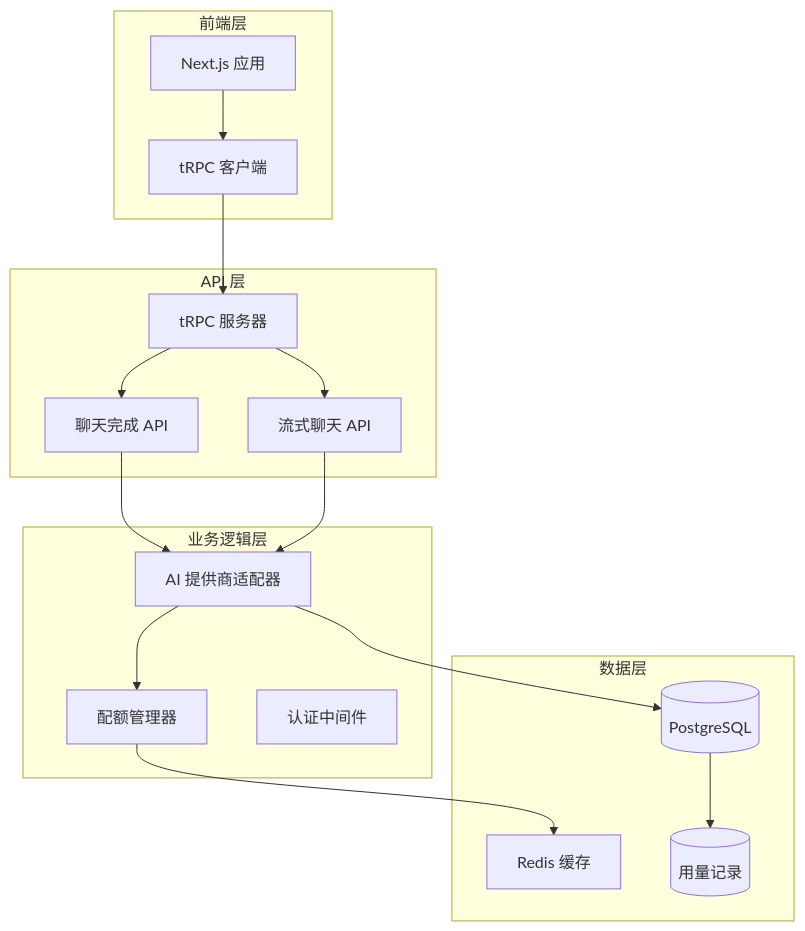
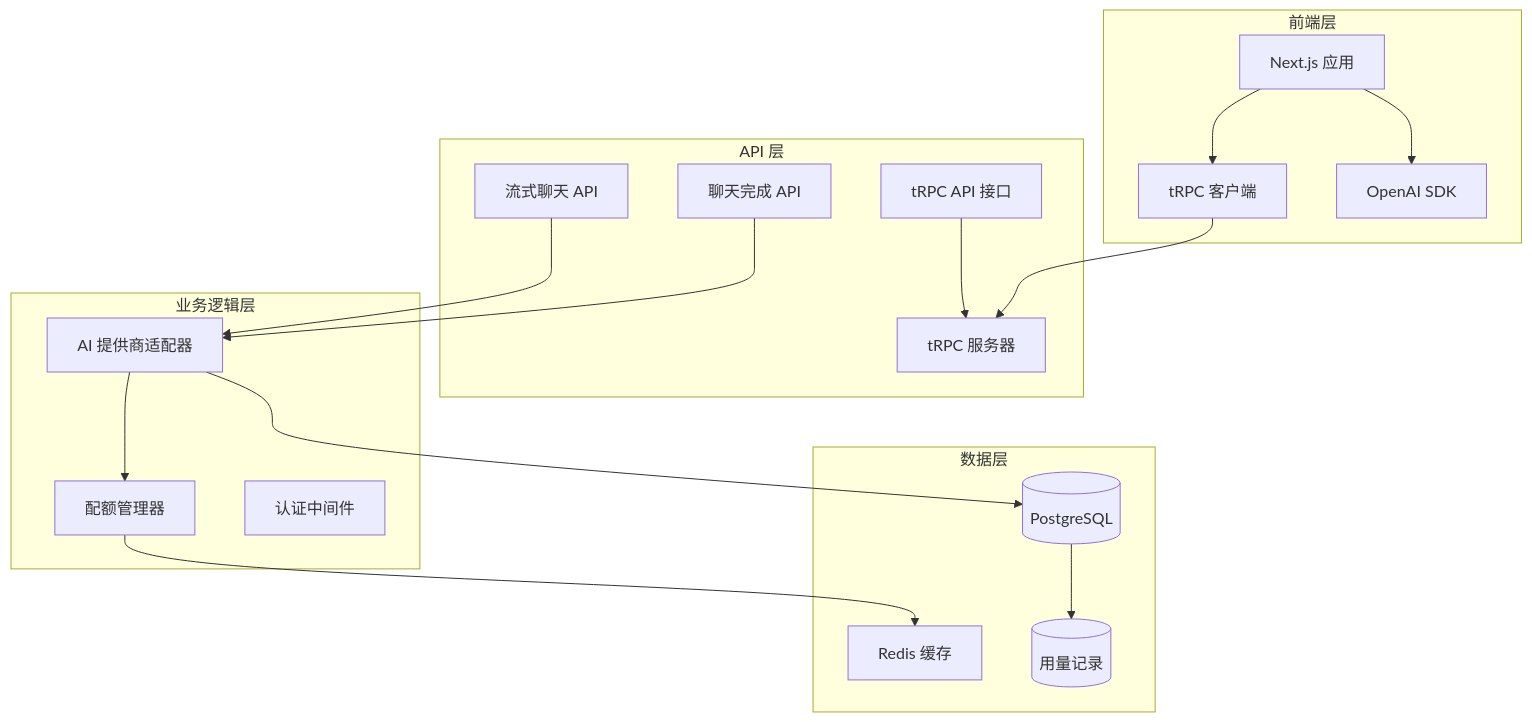
The first of 12 diagrams in .qoder/repowiki/zh/content/OpenAI 兼容聊天完成 API.md (RadiumAg/AIGate), drawn with Mermaid before and after one commit. The commit also changed other lines of this file and 9 other files, not shown here.

````diff
--- a/.qoder/repowiki/zh/content/OpenAI 兼容聊天完成 API.md
+++ b/.qoder/repowiki/zh/content/OpenAI 兼容聊天完成 API.md
@@ -52,32 +69,34 @@
 ```mermaid
 graph TB
 subgraph "前端层"
 UI[Next.js 应用]
 TRPC[tRPC 客户端]
+OpenAI[OpenAI SDK]
 end
 subgraph "API 层"
 ChatAPI[聊天完成 API]
 StreamAPI[流式聊天 API]
 TRPCServer[tRPC 服务器]
+TRPCAPI[tRPC API 接口]
 end
 subgraph "业务逻辑层"
 Providers[AI 提供商适配器]
 Quota[配额管理器]
 Auth[认证中间件]
 end
 subgraph "数据层"
 Redis[Redis 缓存]
 Database[(PostgreSQL)]
 Usage[(用量记录)]
 end
 UI --> TRPC
+UI --> OpenAI
 TRPC --> TRPCServer
-TRPCServer --> ChatAPI
-TRPCServer --> StreamAPI
+TRPCAPI --> TRPCServer
 ChatAPI --> Providers
 StreamAPI --> Providers
 Providers --> Quota
 Quota --> Redis
 Providers --> Database
 Database --> Usage
 ```
````
